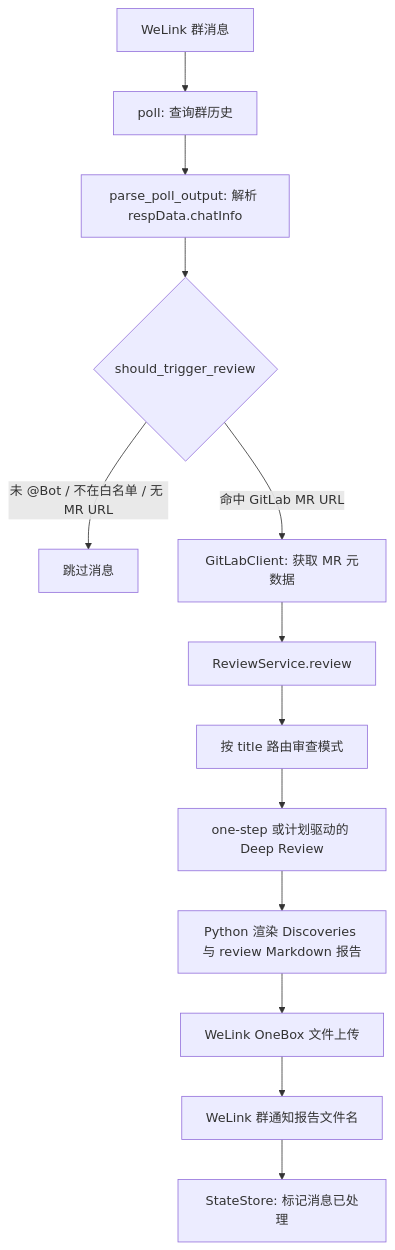
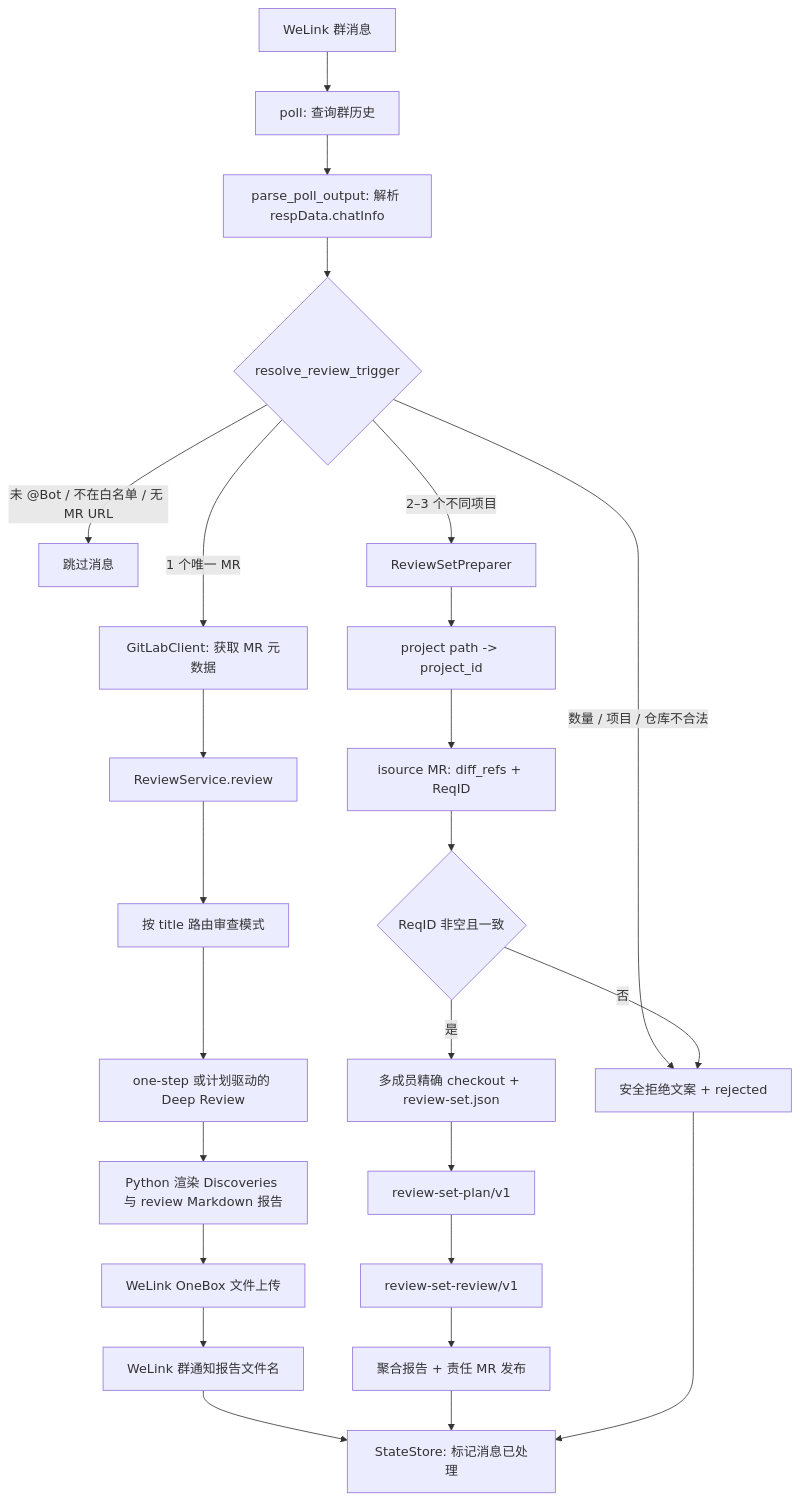
One commit to Faye-663/code-mr-reviewer changed the second of 3 diagrams in docs/DESIGN.md. Above: the diagram before and after it, drawn with Mermaid. The commit also changed other lines of this file and 23 other files, not shown here.

````diff
--- a/docs/DESIGN.md
+++ b/docs/DESIGN.md
@@ -28,15 +34,27 @@
 ```mermaid
 flowchart TD
     A["WeLink 群消息"] --> B["poll: 查询群历史"]
     B --> C["parse_poll_output: 解析 respData.chatInfo"]
-    C --> D{"should_trigger_review"}
+    C --> D{"resolve_review_trigger"}
     D -- "未 @Bot / 不在白名单 / 无 MR URL" --> E["跳过消息"]
-    D -- "命中 GitLab MR URL" --> F["GitLabClient: 获取 MR 元数据"]
+    D -- "1 个唯一 MR" --> F["GitLabClient: 获取 MR 元数据"]
+    D -- "2–3 个不同项目" --> R["ReviewSetPreparer"]
+    D -- "数量 / 项目 / 仓库不合法" --> X["安全拒绝文案 + rejected"]
     F --> G["ReviewService.review"]
     G --> H["按 title 路由审查模式"]
     H --> H2["one-step 或计划驱动的 Deep Review"]
     H2 --> I["Python 渲染 Discoveries 与 review Markdown 报告"]
     I --> J["WeLink OneBox 文件上传"]
     J --> K["WeLink 群通知报告文件名"]
     K --> L["StateStore: 标记消息已处理"]
+    R --> R2["project path -> project_id"]
+    R2 --> R3["isource MR: diff_refs + ReqID"]
+    R3 --> R4{"ReqID 非空且一致"}
+    R4 -- "否" --> X
+    R4 -- "是" --> R5["多成员精确 checkout + review-set.json"]
+    R5 --> R6["review-set-plan/v1"]
+    R6 --> R7["review-set-review/v1"]
+    R7 --> R8["聚合报告 + 责任 MR 发布"]
+    R8 --> L
+    X --> L
 ```
````
